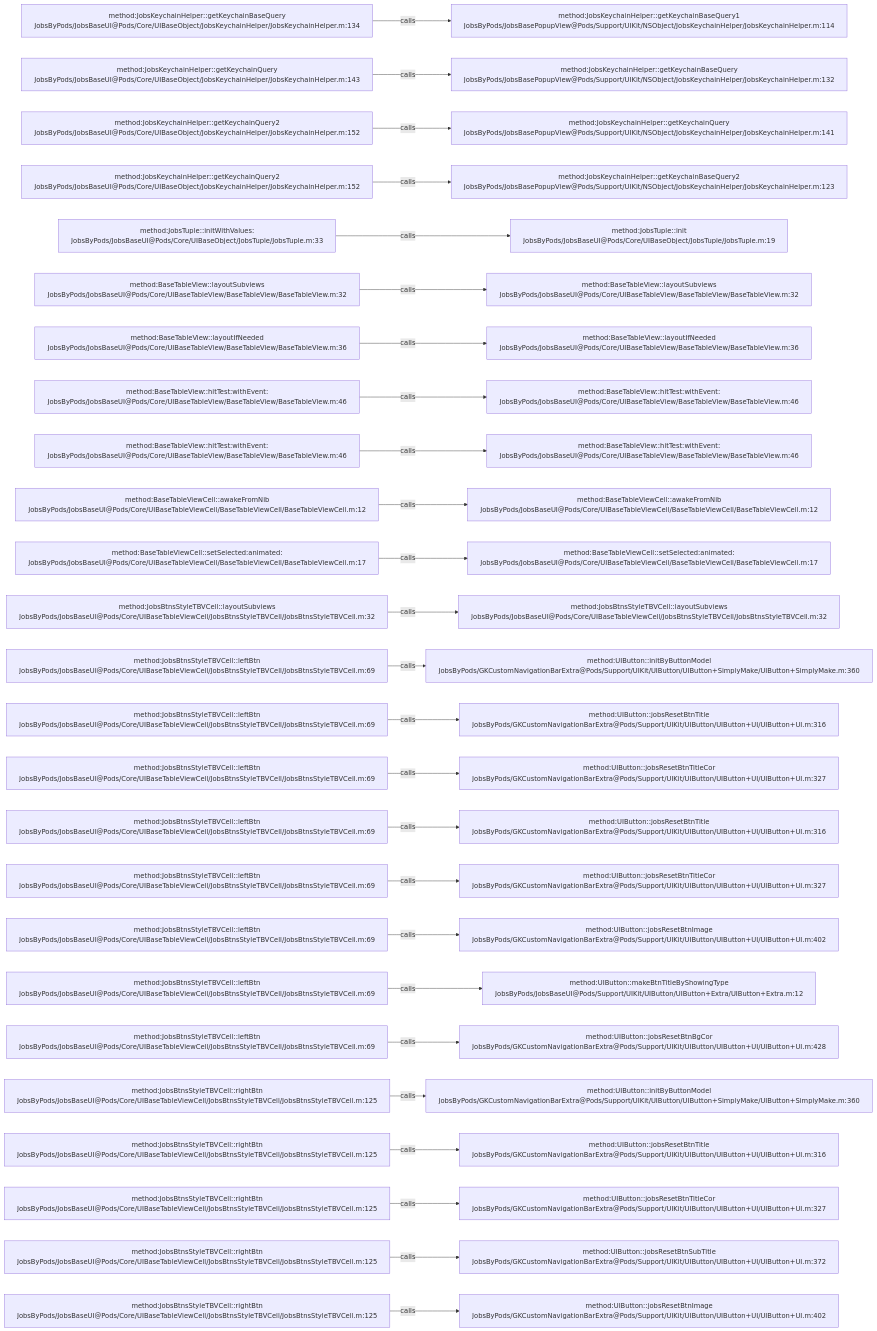
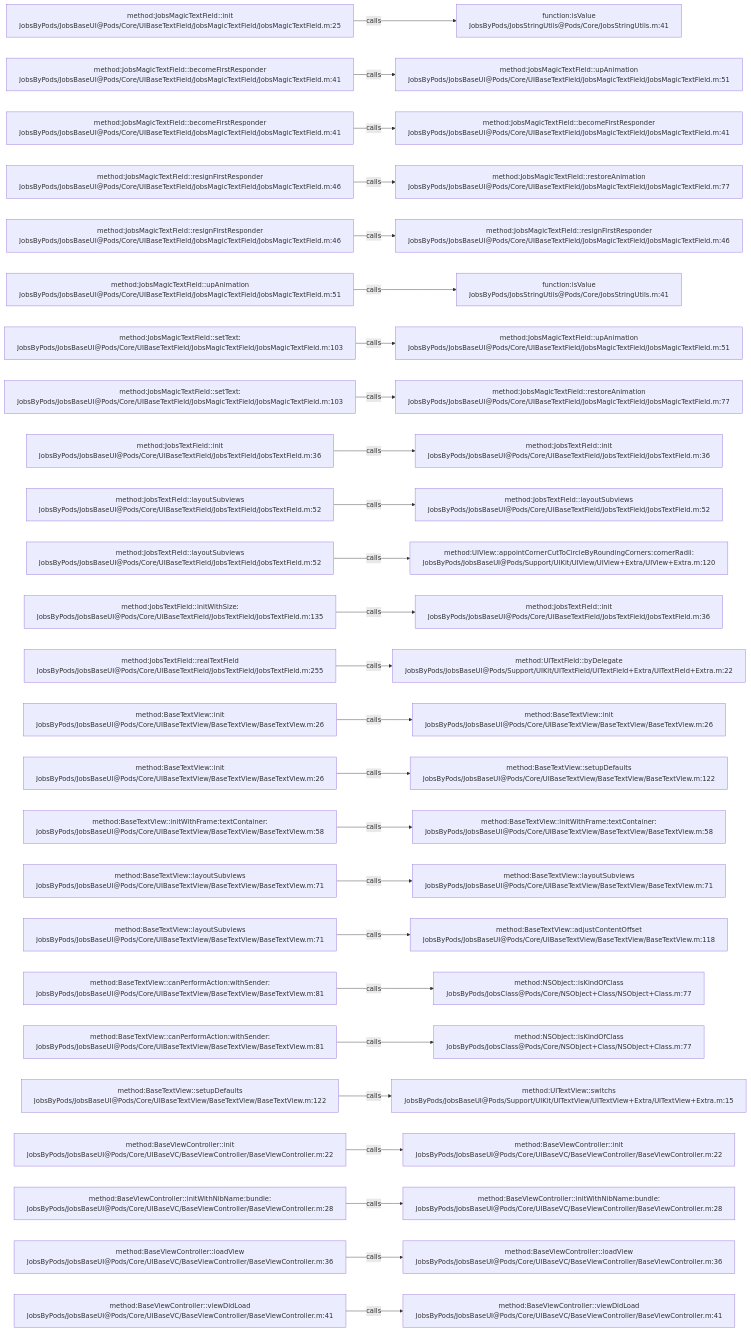
Before and after one commit to JobsKits/JobsOCBaseConfigDemo: the diagram in .codegraph/codegraph.md/graphs/calls-031.md, drawn with Mermaid. The commit also changed 639 other files, not shown here.

````diff
--- a/.codegraph/codegraph.md/graphs/calls-031.md
+++ b/.codegraph/codegraph.md/graphs/calls-031.md
@@ -13,78 +13,78 @@
 ```mermaid
 flowchart LR
-  S1["method:JobsKeychainHelper::getKeychainBaseQuery<br/>JobsByPods/JobsBaseUI@Pods/Core/UIBaseObject/JobsKeychainHelper/JobsKeychainHelper.m:134"]
-  T1["method:JobsKeychainHelper::getKeychainBaseQuery1<br/>JobsByPods/JobsBasePopupView@Pods/Support/UIKit/NSObject/JobsKeychainHelper/JobsKeychainHelper.m:114"]
+  S1["method:JobsMagicTextField::init<br/>JobsByPods/JobsBaseUI@Pods/Core/UIBaseTextField/JobsMagicTextField/JobsMagicTextField.m:25"]
+  T1["function:isValue<br/>JobsByPods/JobsStringUtils@Pods/Core/JobsStringUtils.m:41"]
   S1 -->|calls| T1
-  S2["method:JobsKeychainHelper::getKeychainQuery<br/>JobsByPods/JobsBaseUI@Pods/Core/UIBaseObject/JobsKeychainHelper/JobsKeychainHelper.m:143"]
-  T2["method:JobsKeychainHelper::getKeychainBaseQuery<br/>JobsByPods/JobsBasePopupView@Pods/Support/UIKit/NSObject/JobsKeychainHelper/JobsKeychainHelper.m:132"]
+  S2["method:JobsMagicTextField::becomeFirstResponder<br/>JobsByPods/JobsBaseUI@Pods/Core/UIBaseTextField/JobsMagicTextField/JobsMagicTextField.m:41"]
+  T2["method:JobsMagicTextField::upAnimation<br/>JobsByPods/JobsBaseUI@Pods/Core/UIBaseTextField/JobsMagicTextField/JobsMagicTextField.m:51"]
   S2 -->|calls| T2
-  S3["method:JobsKeychainHelper::getKeychainQuery2<br/>JobsByPods/JobsBaseUI@Pods/Core/UIBaseObject/JobsKeychainHelper/JobsKeychainHelper.m:152"]
-  T3["method:JobsKeychainHelper::getKeychainQuery<br/>JobsByPods/JobsBasePopupView@Pods/Support/UIKit/NSObject/JobsKeychainHelper/JobsKeychainHelper.m:141"]
+  S3["method:JobsMagicTextField::becomeFirstResponder<br/>JobsByPods/JobsBaseUI@Pods/Core/UIBaseTextField/JobsMagicTextField/JobsMagicTextField.m:41"]
+  T3["method:JobsMagicTextField::becomeFirstResponder<br/>JobsByPods/JobsBaseUI@Pods/Core/UIBaseTextField/JobsMagicTextField/JobsMagicTextField.m:41"]
   S3 -->|calls| T3
-  S4["method:JobsKeychainHelper::getKeychainQuery2<br/>JobsByPods/JobsBaseUI@Pods/Core/UIBaseObject/JobsKeychainHelper/JobsKeychainHelper.m:152"]
-  T4["method:JobsKeychainHelper::getKeychainBaseQuery2<br/>JobsByPods/JobsBasePopupView@Pods/Support/UIKit/NSObject/JobsKeychainHelper/JobsKeychainHelper.m:123"]
+  S4["method:JobsMagicTextField::resignFirstResponder<br/>JobsByPods/JobsBaseUI@Pods/Core/UIBaseTextField/JobsMagicTextField/JobsMagicTextField.m:46"]
+  T4["method:JobsMagicTextField::restoreAnimation<br/>JobsByPods/JobsBaseUI@Pods/Core/UIBaseTextField/JobsMagicTextField/JobsMagicTextField.m:77"]
   S4 -->|calls| T4
-  S5["method:JobsTuple::initWithValues:<br/>JobsByPods/JobsBaseUI@Pods/Core/UIBaseObject/JobsTuple/JobsTuple.m:33"]
-  T5["method:JobsTuple::init<br/>JobsByPods/JobsBaseUI@Pods/Core/UIBaseObject/JobsTuple/JobsTuple.m:19"]
+  S5["method:JobsMagicTextField::resignFirstResponder<br/>JobsByPods/JobsBaseUI@Pods/Core/UIBaseTextField/JobsMagicTextField/JobsMagicTextField.m:46"]
+  T5["method:JobsMagicTextField::resignFirstResponder<br/>JobsByPods/JobsBaseUI@Pods/Core/UIBaseTextField/JobsMagicTextField/JobsMagicTextField.m:46"]
   S5 -->|calls| T5
-  S6["method:BaseTableView::layoutSubviews<br/>JobsByPods/JobsBaseUI@Pods/Core/UIBaseTableView/BaseTableView/BaseTableView.m:32"]
-  T6["method:BaseTableView::layoutSubviews<br/>JobsByPods/JobsBaseUI@Pods/Core/UIBaseTableView/BaseTableView/BaseTableView.m:32"]
+  S6["method:JobsMagicTextField::upAnimation<br/>JobsByPods/JobsBaseUI@Pods/Core/UIBaseTextField/JobsMagicTextField/JobsMagicTextField.m:51"]
+  T6["function:isValue<br/>JobsByPods/JobsStringUtils@Pods/Core/JobsStringUtils.m:41"]
   S6 -->|calls| T6
-  S7["method:BaseTableView::layoutIfNeeded<br/>JobsByPods/JobsBaseUI@Pods/Core/UIBaseTableView/BaseTableView/BaseTableView.m:36"]
-  T7["method:BaseTableView::layoutIfNeeded<br/>JobsByPods/JobsBaseUI@Pods/Core/UIBaseTableView/BaseTableView/BaseTableView.m:36"]
+  S7["method:JobsMagicTextField::setText:<br/>JobsByPods/JobsBaseUI@Pods/Core/UIBaseTextField/JobsMagicTextField/JobsMagicTextField.m:103"]
+  T7["method:JobsMagicTextField::upAnimation<br/>JobsByPods/JobsBaseUI@Pods/Core/UIBaseTextField/JobsMagicTextField/JobsMagicTextField.m:51"]
   S7 -->|calls| T7
-  S8["method:BaseTableView::hitTest:withEvent:<br/>JobsByPods/JobsBaseUI@Pods/Core/UIBaseTableView/BaseTableView/BaseTableView.m:46"]
-  T8["method:BaseTableView::hitTest:withEvent:<br/>JobsByPods/JobsBaseUI@Pods/Core/UIBaseTableView/BaseTableView/BaseTableView.m:46"]
+  S8["method:JobsMagicTextField::setText:<br/>JobsByPods/JobsBaseUI@Pods/Core/UIBaseTextField/JobsMagicTextField/JobsMagicTextField.m:103"]
+  T8["method:JobsMagicTextField::restoreAnimation<br/>JobsByPods/JobsBaseUI@Pods/Core/UIBaseTextField/JobsMagicTextField/JobsMagicTextField.m:77"]
   S8 -->|calls| T8
-  S9["method:BaseTableView::hitTest:withEvent:<br/>JobsByPods/JobsBaseUI@Pods/Core/UIBaseTableView/BaseTableView/BaseTableView.m:46"]
-  T9["method:BaseTableView::hitTest:withEvent:<br/>JobsByPods/JobsBaseUI@Pods/Core/UIBaseTableView/BaseTableView/BaseTableView.m:46"]
+  S9["method:JobsTextField::init<br/>JobsByPods/JobsBaseUI@Pods/Core/UIBaseTextField/JobsTextField/JobsTextField.m:36"]
+  T9["method:JobsTextField::init<br/>JobsByPods/JobsBaseUI@Pods/Core/UIBaseTextField/JobsTextField/JobsTextField.m:36"]
   S9 -->|calls| T9
-  S10["method:BaseTableViewCell::awakeFromNib<br/>JobsByPods/JobsBaseUI@Pods/Core/UIBaseTableViewCell/BaseTableViewCell/BaseTableViewCell.m:12"]
-  T10["method:BaseTableViewCell::awakeFromNib<br/>JobsByPods/JobsBaseUI@Pods/Core/UIBaseTableViewCell/BaseTableViewCell/BaseTableViewCell.m:12"]
+  S10["method:JobsTextField::layoutSubviews<br/>JobsByPods/JobsBaseUI@Pods/Core/UIBaseTextField/JobsTextField/JobsTextField.m:52"]
+  T10["method:JobsTextField::layoutSubviews<br/>JobsByPods/JobsBaseUI@Pods/Core/UIBaseTextField/JobsTextField/JobsTextField.m:52"]
   S10 -->|calls| T10
-  S11["method:BaseTableViewCell::setSelected:animated:<br/>JobsByPods/JobsBaseUI@Pods/Core/UIBaseTableViewCell/BaseTableViewCell/BaseTableViewCell.m:17"]
-  T11["method:BaseTableViewCell::setSelected:animated:<br/>JobsByPods/JobsBaseUI@Pods/Core/UIBaseTableViewCell/BaseTableViewCell/BaseTableViewCell.m:17"]
+  S11["method:JobsTextField::layoutSubviews<br/>JobsByPods/JobsBaseUI@Pods/Core/UIBaseTextField/JobsTextField/JobsTextField.m:52"]
+  T11["method:UIView::appointCornerCutToCircleByRoundingCorners:cornerRadii:<br/>JobsByPods/JobsBaseUI@Pods/Support/UIKit/UIView/UIView+Extra/UIView+Extra.m:120"]
   S11 -->|calls| T11
-  S12["method:JobsBtnsStyleTBVCell::layoutSubviews<br/>JobsByPods/JobsBaseUI@Pods/Core/UIBaseTableViewCell/JobsBtnsStyleTBVCell/JobsBtnsStyleTBVCell.m:32"]
-  T12["method:JobsBtnsStyleTBVCell::layoutSubviews<br/>JobsByPods/JobsBaseUI@Pods/Core/UIBaseTableViewCell/JobsBtnsStyleTBVCell/JobsBtnsStyleTBVCell.m:32"]
+  S12["method:JobsTextField::initWithSize:<br/>JobsByPods/JobsBaseUI@Pods/Core/UIBaseTextField/JobsTextField/JobsTextField.m:135"]
+  T12["method:JobsTextField::init<br/>JobsByPods/JobsBaseUI@Pods/Core/UIBaseTextField/JobsTextField/JobsTextField.m:36"]
   S12 -->|calls| T12
-  S13["method:JobsBtnsStyleTBVCell::leftBtn<br/>JobsByPods/JobsBaseUI@Pods/Core/UIBaseTableViewCell/JobsBtnsStyleTBVCell/JobsBtnsStyleTBVCell.m:69"]
-  T13["method:UIButton::initByButtonModel<br/>JobsByPods/GKCustomNavigationBarExtra@Pods/Support/UIKit/UIButton/UIButton+SimplyMake/UIButton+SimplyMake.m:360"]
+  S13["method:JobsTextField::realTextField<br/>JobsByPods/JobsBaseUI@Pods/Core/UIBaseTextField/JobsTextField/JobsTextField.m:255"]
+  T13["method:UITextField::byDelegate<br/>JobsByPods/JobsBaseUI@Pods/Support/UIKit/UITextField/UITextField+Extra/UITextField+Extra.m:22"]
   S13 -->|calls| T13
-  S14["method:JobsBtnsStyleTBVCell::leftBtn<br/>JobsByPods/JobsBaseUI@Pods/Core/UIBaseTableViewCell/JobsBtnsStyleTBVCell/JobsBtnsStyleTBVCell.m:69"]
-  T14["method:UIButton::jobsResetBtnTitle<br/>JobsByPods/GKCustomNavigationBarExtra@Pods/Support/UIKit/UIButton/UIButton+UI/UIButton+UI.m:316"]
+  S14["method:BaseTextView::init<br/>JobsByPods/JobsBaseUI@Pods/Core/UIBaseTextView/BaseTextView/BaseTextView.m:26"]
+  T14["method:BaseTextView::init<br/>JobsByPods/JobsBaseUI@Pods/Core/UIBaseTextView/BaseTextView/BaseTextView.m:26"]
   S14 -->|calls| T14
-  S15["method:JobsBtnsStyleTBVCell::leftBtn<br/>JobsByPods/JobsBaseUI@Pods/Core/UIBaseTableViewCell/JobsBtnsStyleTBVCell/JobsBtnsStyleTBVCell.m:69"]
-  T15["method:UIButton::jobsResetBtnTitleCor<br/>JobsByPods/GKCustomNavigationBarExtra@Pods/Support/UIKit/UIButton/UIButton+UI/UIButton+UI.m:327"]
+  S15["method:BaseTextView::init<br/>JobsByPods/JobsBaseUI@Pods/Core/UIBaseTextView/BaseTextView/BaseTextView.m:26"]
+  T15["method:BaseTextView::setupDefaults<br/>JobsByPods/JobsBaseUI@Pods/Core/UIBaseTextView/BaseTextView/BaseTextView.m:122"]
   S15 -->|calls| T15
-  S16["method:JobsBtnsStyleTBVCell::leftBtn<br/>JobsByPods/JobsBaseUI@Pods/Core/UIBaseTableViewCell/JobsBtnsStyleTBVCell/JobsBtnsStyleTBVCell.m:69"]
-  T16["method:UIButton::jobsResetBtnTitle<br/>JobsByPods/GKCustomNavigationBarExtra@Pods/Support/UIKit/UIButton/UIButton+UI/UIButton+UI.m:316"]
+  S16["method:BaseTextView::initWithFrame:textContainer:<br/>JobsByPods/JobsBaseUI@Pods/Core/UIBaseTextView/BaseTextView/BaseTextView.m:58"]
+  T16["method:BaseTextView::initWithFrame:textContainer:<br/>JobsByPods/JobsBaseUI@Pods/Core/UIBaseTextView/BaseTextView/BaseTextView.m:58"]
   S16 -->|calls| T16
-  S17["method:JobsBtnsStyleTBVCell::leftBtn<br/>JobsByPods/JobsBaseUI@Pods/Core/UIBaseTableViewCell/JobsBtnsStyleTBVCell/JobsBtnsStyleTBVCell.m:69"]
-  T17["method:UIButton::jobsResetBtnTitleCor<br/>JobsByPods/GKCustomNavigationBarExtra@Pods/Support/UIKit/UIButton/UIButton+UI/UIButton+UI.m:327"]
+  S17["method:BaseTextView::layoutSubviews<br/>JobsByPods/JobsBaseUI@Pods/Core/UIBaseTextView/BaseTextView/BaseTextView.m:71"]
+  T17["method:BaseTextView::layoutSubviews<br/>JobsByPods/JobsBaseUI@Pods/Core/UIBaseTextView/BaseTextView/BaseTextView.m:71"]
   S17 -->|calls| T17
-  S18["method:JobsBtnsStyleTBVCell::leftBtn<br/>JobsByPods/JobsBaseUI@Pods/Core/UIBaseTableViewCell/JobsBtnsStyleTBVCell/JobsBtnsStyleTBVCell.m:69"]
-  T18["method:UIButton::jobsResetBtnImage<br/>JobsByPods/GKCustomNavigationBarExtra@Pods/Support/UIKit/UIButton/UIButton+UI/UIButton+UI.m:402"]
+  S18["method:BaseTextView::layoutSubviews<br/>JobsByPods/JobsBaseUI@Pods/Core/UIBaseTextView/BaseTextView/BaseTextView.m:71"]
+  T18["method:BaseTextView::adjustContentOffset<br/>JobsByPods/JobsBaseUI@Pods/Core/UIBaseTextView/BaseTextView/BaseTextView.m:118"]
   S18 -->|calls| T18
-  S19["method:JobsBtnsStyleTBVCell::leftBtn<br/>JobsByPods/JobsBaseUI@Pods/Core/UIBaseTableViewCell/JobsBtnsStyleTBVCell/JobsBtnsStyleTBVCell.m:69"]
-  T19["method:UIButton::makeBtnTitleByShowingType<br/>JobsByPods/JobsBaseUI@Pods/Support/UIKit/UIButton/UIButton+Extra/UIButton+Extra.m:12"]
+  S19["method:BaseTextView::canPerformAction:withSender:<br/>JobsByPods/JobsBaseUI@Pods/Core/UIBaseTextView/BaseTextView/BaseTextView.m:81"]
+  T19["method:NSObject::isKindOfClass<br/>JobsByPods/JobsClass@Pods/Core/NSObject+Class/NSObject+Class.m:77"]
   S19 -->|calls| T19
-  S20["method:JobsBtnsStyleTBVCell::leftBtn<br/>JobsByPods/JobsBaseUI@Pods/Core/UIBaseTableViewCell/JobsBtnsStyleTBVCell/JobsBtnsStyleTBVCell.m:69"]
-  T20["method:UIButton::jobsResetBtnBgCor<br/>JobsByPods/GKCustomNavigationBarExtra@Pods/Support/UIKit/UIButton/UIButton+UI/UIButton+UI.m:428"]
+  S20["method:BaseTextView::canPerformAction:withSender:<br/>JobsByPods/JobsBaseUI@Pods/Core/UIBaseTextView/BaseTextView/BaseTextView.m:81"]
+  T20["method:NSObject::isKindOfClass<br/>JobsByPods/JobsClass@Pods/Core/NSObject+Class/NSObject+Class.m:77"]
   S20 -->|calls| T20
-  S21["method:JobsBtnsStyleTBVCell::rightBtn<br/>JobsByPods/JobsBaseUI@Pods/Core/UIBaseTableViewCell/JobsBtnsStyleTBVCell/JobsBtnsStyleTBVCell.m:125"]
-  T21["method:UIButton::initByButtonModel<br/>JobsByPods/GKCustomNavigationBarExtra@Pods/Support/UIKit/UIButton/UIButton+SimplyMake/UIButton+SimplyMake.m:360"]
+  S21["method:BaseTextView::setupDefaults<br/>JobsByPods/JobsBaseUI@Pods/Core/UIBaseTextView/BaseTextView/BaseTextView.m:122"]
+  T21["method:UITextView::switchs<br/>JobsByPods/JobsBaseUI@Pods/Support/UIKit/UITextView/UITextView+Extra/UITextView+Extra.m:15"]
   S21 -->|calls| T21
-  S22["method:JobsBtnsStyleTBVCell::rightBtn<br/>JobsByPods/JobsBaseUI@Pods/Core/UIBaseTableViewCell/JobsBtnsStyleTBVCell/JobsBtnsStyleTBVCell.m:125"]
-  T22["method:UIButton::jobsResetBtnTitle<br/>JobsByPods/GKCustomNavigationBarExtra@Pods/Support/UIKit/UIButton/UIButton+UI/UIButton+UI.m:316"]
+  S22["method:BaseViewController::init<br/>JobsByPods/JobsBaseUI@Pods/Core/UIBaseVC/BaseViewController/BaseViewController.m:22"]
+  T22["method:BaseViewController::init<br/>JobsByPods/JobsBaseUI@Pods/Core/UIBaseVC/BaseViewController/BaseViewController.m:22"]
   S22 -->|calls| T22
-  S23["method:JobsBtnsStyleTBVCell::rightBtn<br/>JobsByPods/JobsBaseUI@Pods/Core/UIBaseTableViewCell/JobsBtnsStyleTBVCell/JobsBtnsStyleTBVCell.m:125"]
-  T23["method:UIButton::jobsResetBtnTitleCor<br/>JobsByPods/GKCustomNavigationBarExtra@Pods/Support/UIKit/UIButton/UIButton+UI/UIButton+UI.m:327"]
+  S23["method:BaseViewController::initWithNibName:bundle:<br/>JobsByPods/JobsBaseUI@Pods/Core/UIBaseVC/BaseViewController/BaseViewController.m:28"]
+  T23["method:BaseViewController::initWithNibName:bundle:<br/>JobsByPods/JobsBaseUI@Pods/Core/UIBaseVC/BaseViewController/BaseViewController.m:28"]
   S23 -->|calls| T23
-  S24["method:JobsBtnsStyleTBVCell::rightBtn<br/>JobsByPods/JobsBaseUI@Pods/Core/UIBaseTableViewCell/JobsBtnsStyleTBVCell/JobsBtnsStyleTBVCell.m:125"]
-  T24["method:UIButton::jobsResetBtnSubTitle<br/>JobsByPods/GKCustomNavigationBarExtra@Pods/Support/UIKit/UIButton/UIButton+UI/UIButton+UI.m:372"]
+  S24["method:BaseViewController::loadView<br/>JobsByPods/JobsBaseUI@Pods/Core/UIBaseVC/BaseViewController/BaseViewController.m:36"]
+  T24["method:BaseViewController::loadView<br/>JobsByPods/JobsBaseUI@Pods/Core/UIBaseVC/BaseViewController/BaseViewController.m:36"]
   S24 -->|calls| T24
-  S25["method:JobsBtnsStyleTBVCell::rightBtn<br/>JobsByPods/JobsBaseUI@Pods/Core/UIBaseTableViewCell/JobsBtnsStyleTBVCell/JobsBtnsStyleTBVCell.m:125"]
-  T25["method:UIButton::jobsResetBtnImage<br/>JobsByPods/GKCustomNavigationBarExtra@Pods/Support/UIKit/UIButton/UIButton+UI/UIButton+UI.m:402"]
+  S25["method:BaseViewController::viewDidLoad<br/>JobsByPods/JobsBaseUI@Pods/Core/UIBaseVC/BaseViewController/BaseViewController.m:41"]
+  T25["method:BaseViewController::viewDidLoad<br/>JobsByPods/JobsBaseUI@Pods/Core/UIBaseVC/BaseViewController/BaseViewController.m:41"]
   S25 -->|calls| T25
 ```
````
